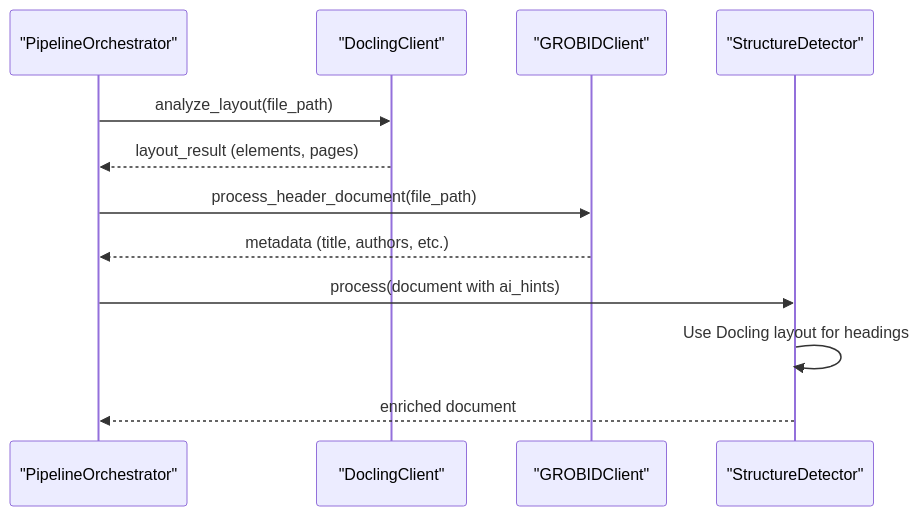
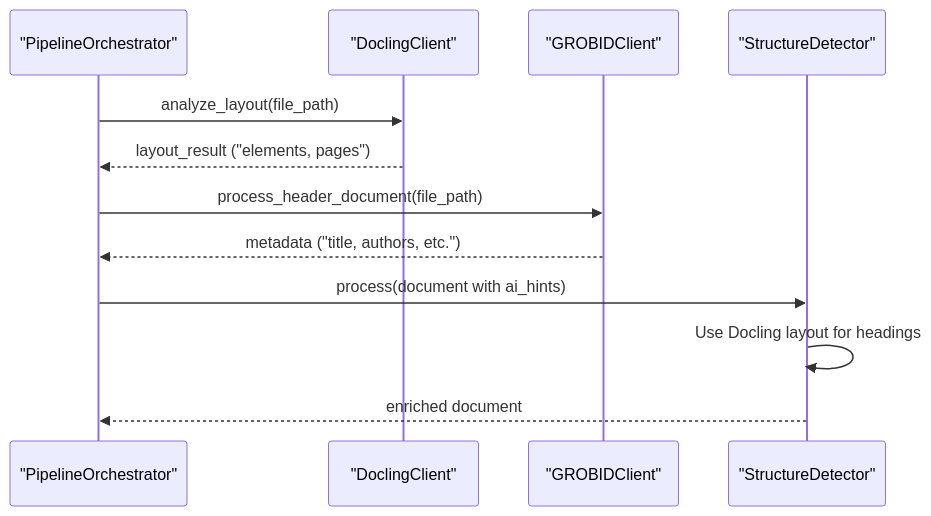
The sixth of 8 diagrams in docs/docs/knowledge/Pipeline Processing/Structure Detection.md (rohitkumarnaidu/ScholarFormAI), drawn with Mermaid before and after one commit. The commit also changed other lines of this file and 611 other files, not shown here.

````diff
--- a/docs/docs/knowledge/Pipeline Processing/Structure Detection.md
+++ b/docs/docs/knowledge/Pipeline Processing/Structure Detection.md
@@ -280,14 +280,14 @@
 ```mermaid
 sequenceDiagram
 participant Orchestrator as "PipelineOrchestrator"
 participant Docling as "DoclingClient"
 participant GROBID as "GROBIDClient"
 participant SD as "StructureDetector"
 Orchestrator->>Docling : analyze_layout(file_path)
-Docling-->>Orchestrator : layout_result (elements, pages)
+Docling-->>Orchestrator : layout_result ("elements, pages")
 Orchestrator->>GROBID : process_header_document(file_path)
-GROBID-->>Orchestrator : metadata (title, authors, etc.)
+GROBID-->>Orchestrator : metadata ("title, authors, etc.")
 Orchestrator->>SD : process(document with ai_hints)
 SD->>SD : Use Docling layout for headings
 SD-->>Orchestrator : enriched document
 ```
````
